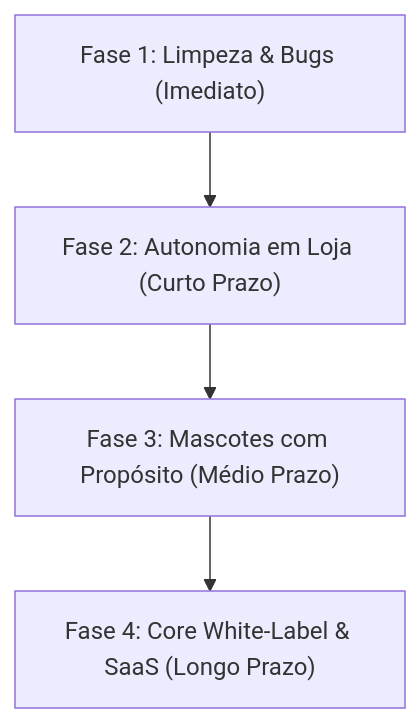
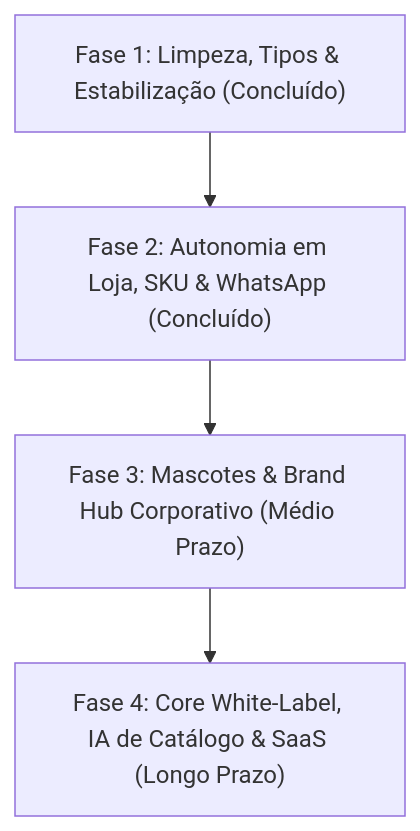
Before and after one commit to kaioa64-ship-it/Sobrinho: the diagram in coagro-agro-studio (2)/ROADMAP_COAGRO_STUDIO.md, drawn with Mermaid. The commit also changed other lines of this file and 2 other files, not shown here.

Commit message:
feat(whatsapp & posters): dynamic centered header without badge, print button for A4, and roadmap 2.3.0

````diff
--- a/coagro-agro-studio (2)/ROADMAP_COAGRO_STUDIO.md
+++ b/coagro-agro-studio (2)/ROADMAP_COAGRO_STUDIO.md
@@ -118,6 +118,6 @@
 ```mermaid
 graph TD
-    A["Fase 1: Limpeza & Bugs (Imediato)"] --> B["Fase 2: Autonomia em Loja (Curto Prazo)"]
-    B --> C["Fase 3: Mascotes com Propósito (Médio Prazo)"]
-    C --> D["Fase 4: Core White-Label & SaaS (Longo Prazo)"]
+    A["Fase 1: Limpeza, Tipos & Estabilização (Concluído)"] --> B["Fase 2: Autonomia em Loja, SKU & WhatsApp (Concluído)"]
+    B --> C["Fase 3: Mascotes & Brand Hub Corporativo (Médio Prazo)"]
+    C --> D["Fase 4: Core White-Label, IA de Catálogo & SaaS (Longo Prazo)"]
 ```
````
